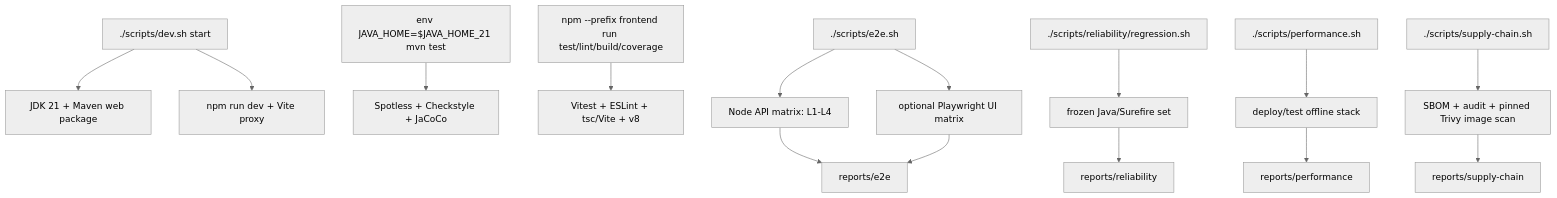
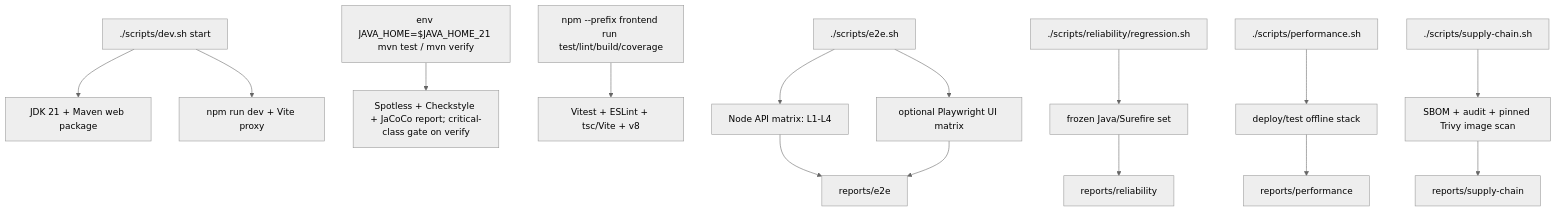
Before and after one commit to fengwk/kk-studio: the diagram in docs/operations/development-and-testing.md, drawn with Mermaid (neutral theme). The commit also changed other lines of this file and 6 other files, not shown here.

Commit message:
test: gate critical agent tool coverage

````diff
--- a/docs/operations/development-and-testing.md
+++ b/docs/operations/development-and-testing.md
@@ -28,17 +28,17 @@
 ```mermaid
 flowchart TD
   Dev["./scripts/dev.sh start"] --> DevBackend["JDK 21 + Maven web package"]
   Dev --> DevFrontend["npm run dev + Vite proxy"]
-  Unit["env JAVA_HOME=$JAVA_HOME_21 mvn test"] --> JavaChecks["Spotless + Checkstyle + JaCoCo"]
+  Unit["env JAVA_HOME=$JAVA_HOME_21 mvn test / mvn verify"] --> JavaChecks["Spotless + Checkstyle + JaCoCo report; critical-class gate on verify"]
   Front["npm --prefix frontend run test/lint/build/coverage"] --> FrontChecks["Vitest + ESLint + tsc/Vite + v8"]
   E2E["./scripts/e2e.sh"] --> Matrix["Node API matrix: L1-L4"]
   E2E --> UI["optional Playwright UI matrix"]
   Rel["./scripts/reliability/regression.sh"] --> Surefire["frozen Java/Surefire set"]
   Perf["./scripts/performance.sh"] --> OfflineStack["deploy/test offline stack"]
   Supply["./scripts/supply-chain.sh"] --> Gate["SBOM + audit + pinned Trivy image scan"]
   Matrix --> Reports["reports/e2e"]
   UI --> Reports
   Surefire --> RelReports["reports/reliability"]
   OfflineStack --> PerfReports["reports/performance"]
   Gate --> SupplyReports["reports/supply-chain"]
 ```
````
